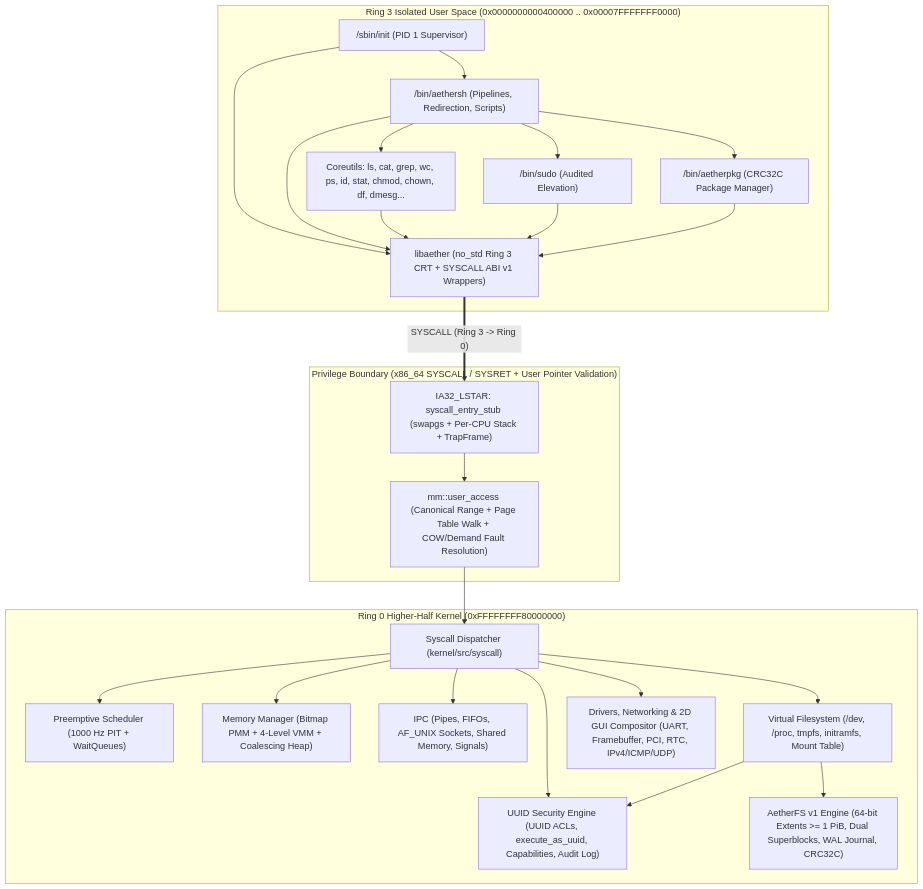
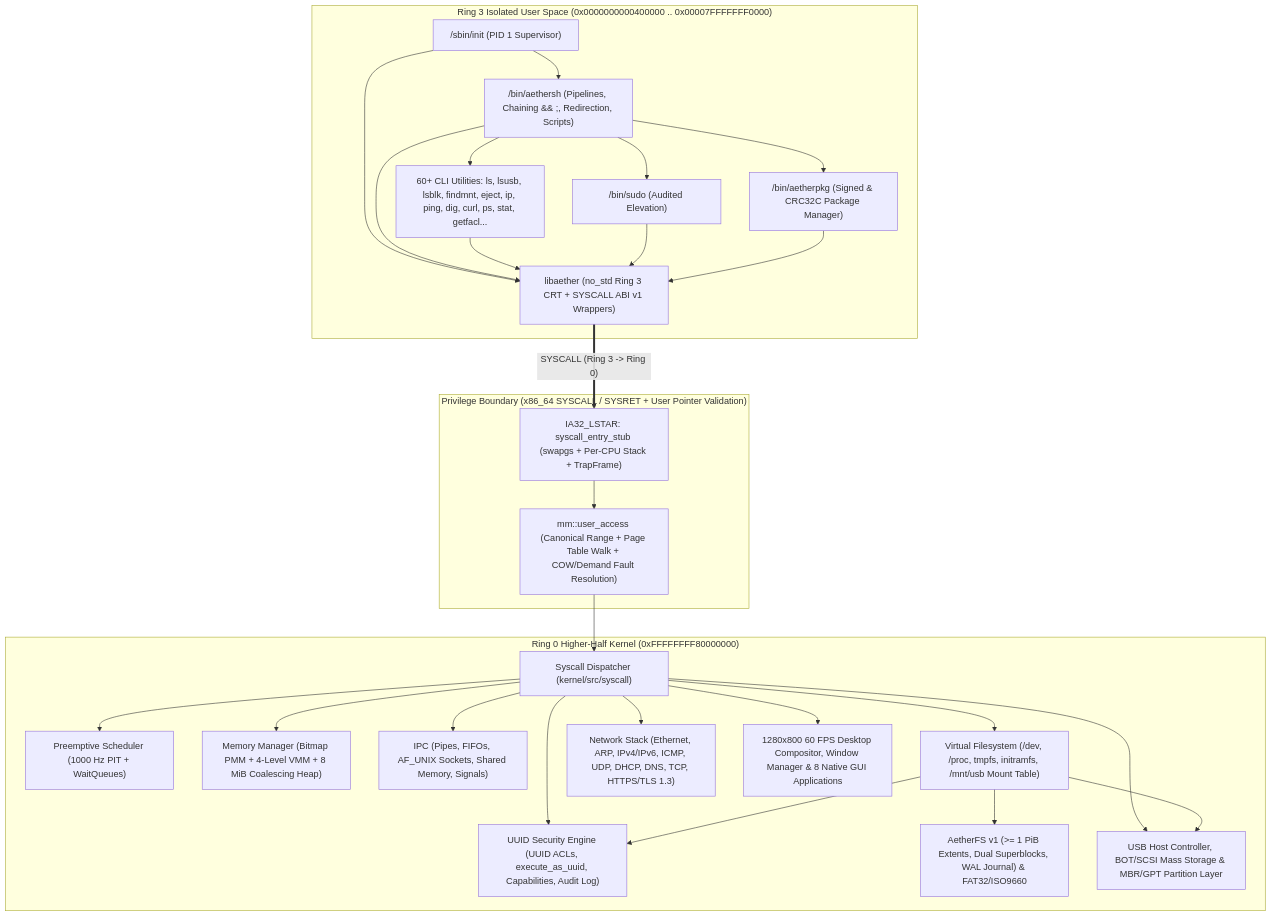
Before and after one commit to fully-ai/aetheros: the diagram in README.md, drawn with Mermaid. The commit also changed other lines of this file and 27 other files, not shown here.

````diff
--- a/README.md
+++ b/README.md
@@ -31,45 +38,41 @@
 ```mermaid
 flowchart TD
     subgraph Ring3["Ring 3 Isolated User Space (0x0000000000400000 .. 0x00007FFFFFFF0000)"]
         INIT["/sbin/init (PID 1 Supervisor)"]
-        SH["/bin/aethersh (Pipelines, Redirection, Scripts)"]
-        UTILS["Coreutils: ls, cat, grep, wc, ps, id, stat, chmod, chown, df, dmesg..."]
+        SH["/bin/aethersh (Pipelines, Chaining && ;, Redirection, Scripts)"]
+        UTILS["60+ CLI Utilities: ls, lsusb, lsblk, findmnt, eject, ip, ping, dig, curl, ps, stat, getfacl..."]
         SUDO["/bin/sudo (Audited Elevation)"]
-        PKG["/bin/aetherpkg (CRC32C Package Manager)"]
+        PKG["/bin/aetherpkg (Signed & CRC32C Package Manager)"]
         LIB["libaether (no_std Ring 3 CRT + SYSCALL ABI v1 Wrappers)"]
         INIT --> SH
         SH --> UTILS
         SH --> SUDO
         SH --> PKG
         INIT & SH & UTILS & SUDO & PKG --> LIB
     end
 
     subgraph ABI["Privilege Boundary (x86_64 SYSCALL / SYSRET + User Pointer Validation)"]
         ENTRY["IA32_LSTAR: syscall_entry_stub (swapgs + Per-CPU Stack + TrapFrame)"]
         UACC["mm::user_access (Canonical Range + Page Table Walk + COW/Demand Fault Resolution)"]
         ENTRY --> UACC
     end
 
     subgraph Ring0["Ring 0 Higher-Half Kernel (0xFFFFFFFF80000000)"]
         SYS["Syscall Dispatcher (kernel/src/syscall)"]
         SCHED["Preemptive Scheduler (1000 Hz PIT + WaitQueues)"]
-        MM["Memory Manager (Bitmap PMM + 4-Level VMM + Coalescing Heap)"]
+        MM["Memory Manager (Bitmap PMM + 4-Level VMM + 8 MiB Coalescing Heap)"]
         IPC["IPC (Pipes, FIFOs, AF_UNIX Sockets, Shared Memory, Signals)"]
         SEC["UUID Security Engine (UUID ACLs, execute_as_uuid, Capabilities, Audit Log)"]
-        VFS["Virtual Filesystem (/dev, /proc, tmpfs, initramfs, Mount Table)"]
-        AFS["AetherFS v1 Engine (64-bit Extents >= 1 PiB, Dual Superblocks, WAL Journal, CRC32C)"]
-        DRV["Drivers, Networking & 2D GUI Compositor (UART, Framebuffer, PCI, RTC, IPv4/ICMP/UDP)"]
+        VFS["Virtual Filesystem (/dev, /proc, tmpfs, initramfs, /mnt/usb Mount Table)"]
+        AFS["AetherFS v1 (>= 1 PiB Extents, Dual Superblocks, WAL Journal) & FAT32/ISO9660"]
+        USB["USB Host Controller, BOT/SCSI Mass Storage & MBR/GPT Partition Layer"]
+        NET["Network Stack (Ethernet, ARP, IPv4/IPv6, ICMP, UDP, DHCP, DNS, TCP, HTTPS/TLS 1.3)"]
+        GUI["1280x800 60 FPS Desktop Compositor, Window Manager & 8 Native GUI Applications"]
 
         UACC --> SYS
-        SYS --> SCHED
-        SYS --> MM
-        SYS --> IPC
-        SYS --> SEC
-        SYS --> VFS
-        VFS --> AFS
-        VFS --> SEC
-        SYS --> DRV
+        SYS --> SCHED & MM & IPC & SEC & VFS & USB & NET & GUI
+        VFS --> AFS & SEC & USB
     end
 
     LIB ==>|"SYSCALL (Ring 3 -> Ring 0)"| ENTRY
 ```
````
